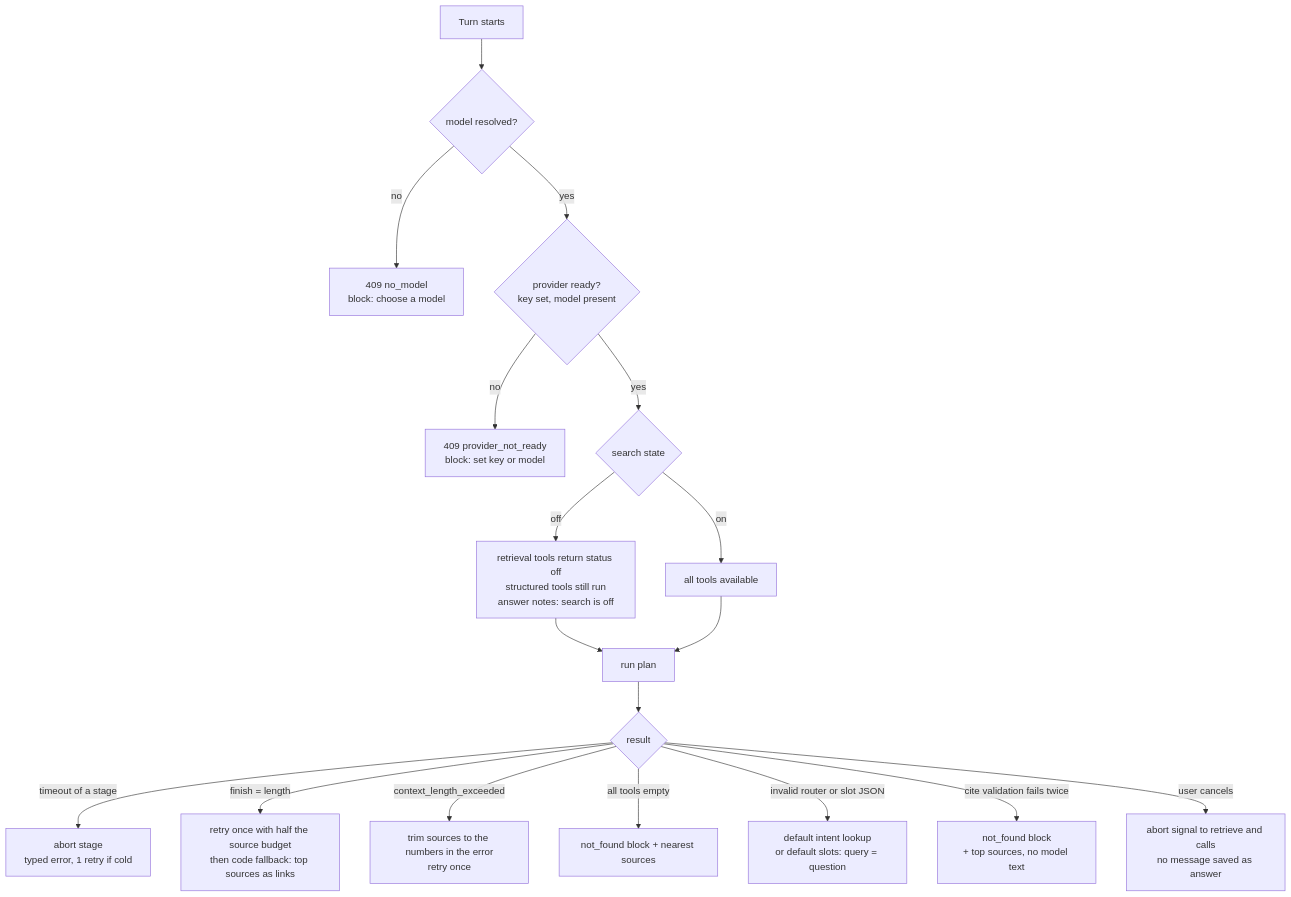
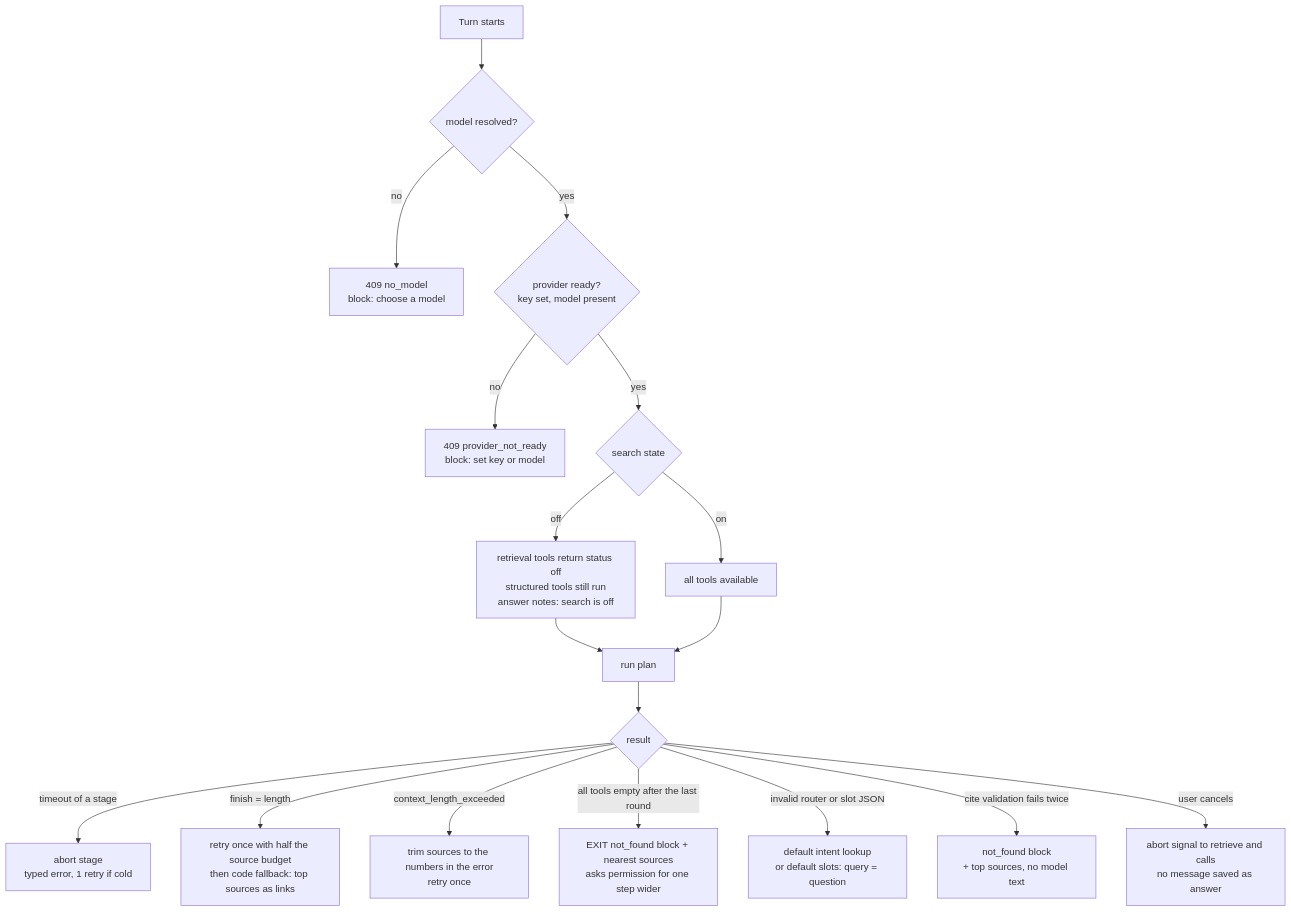
Before and after one commit to Maheidem/openstyle: the third of 6 diagrams in specs/meeting-chat-agent.md, drawn with Mermaid. The commit also changed other lines of this file and 1 other file, not shown here.

First line of the commit message:
docs(spec): owner review decisions D6-D18, diagram conventions

````diff
--- a/specs/meeting-chat-agent.md
+++ b/specs/meeting-chat-agent.md
@@ -265,20 +277,20 @@
 ```mermaid
 flowchart TD
   T["Turn starts"] --> A{"model resolved?"}
   A -->|no| E1["409 no_model<br/>block: choose a model"]
   A -->|yes| B{"provider ready?<br/>key set, model present"}
   B -->|no| E2["409 provider_not_ready<br/>block: set key or model"]
   B -->|yes| C{"search state"}
   C -->|"off"| D1["retrieval tools return status off<br/>structured tools still run<br/>answer notes: search is off"]
   C -->|on| D2["all tools available"]
   D1 --> R["run plan"]
   D2 --> R
   R --> X{"result"}
   X -->|"timeout of a stage"| F1["abort stage<br/>typed error, 1 retry if cold"]
   X -->|"finish = length"| F2["retry once with half the source budget<br/>then code fallback: top sources as links"]
   X -->|"context_length_exceeded"| F3["trim sources to the numbers in the error<br/>retry once"]
-  X -->|"all tools empty"| F4["not_found block + nearest sources"]
+  X -->|"all tools empty after the last round"| F4["EXIT not_found block + nearest sources<br/>asks permission for one step wider"]
   X -->|"invalid router or slot JSON"| F5["default intent lookup<br/>or default slots: query = question"]
   X -->|"cite validation fails twice"| F6["not_found block<br/>+ top sources, no model text"]
   X -->|"user cancels"| F7["abort signal to retrieve and calls<br/>no message saved as answer"]
 ```
````
